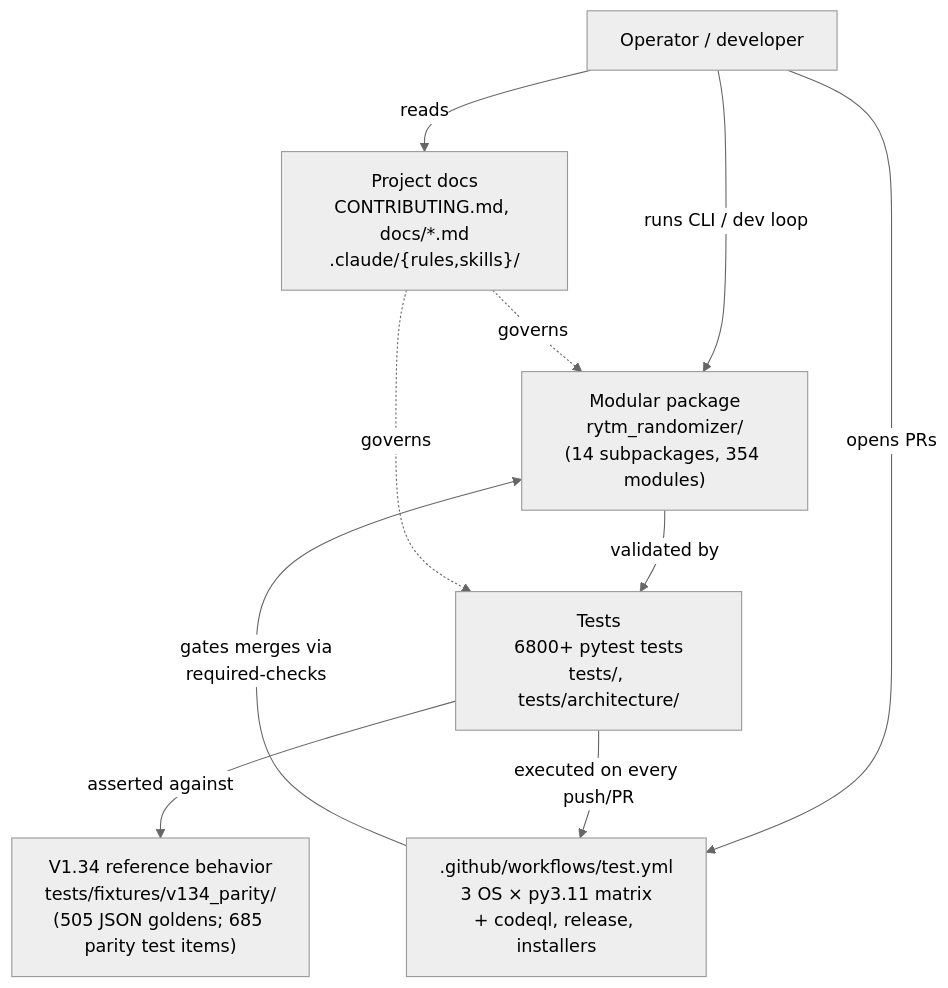
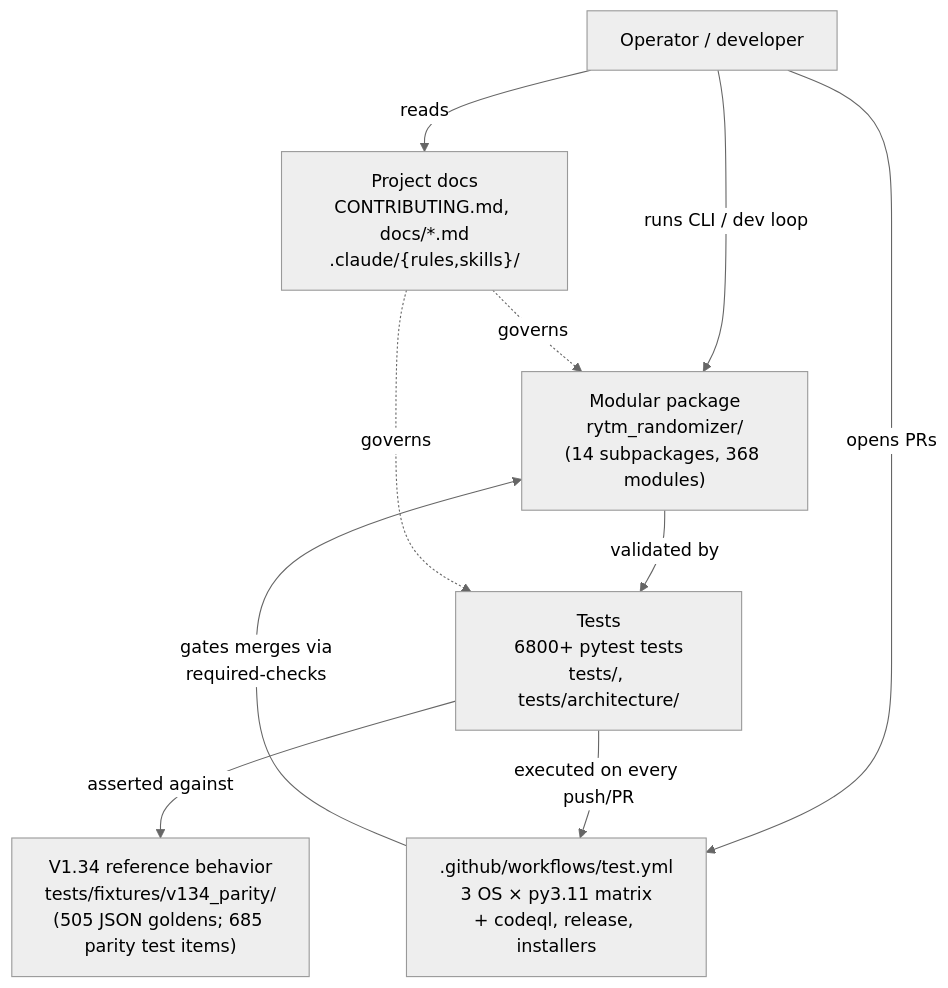
Before and after one commit to buzzijose-hub/RytmRandomizer: the first of 34 diagrams in docs/ARCHITECTURE_DIAGRAMS.md, drawn with Mermaid (neutral theme). The commit also changed other lines of this file and 23 other files, not shown here.

````diff
--- a/docs/ARCHITECTURE_DIAGRAMS.md
+++ b/docs/ARCHITECTURE_DIAGRAMS.md
@@ -52,22 +53,22 @@
 ```mermaid
 flowchart TB
     User["Operator / developer"]
     V134["V1.34 reference behavior<br/>tests/fixtures/v134_parity/<br/>(505 JSON goldens; 685 parity test items)"]
-    Package["Modular package<br/>rytm_randomizer/<br/>(14 subpackages, 354 modules)"]
+    Package["Modular package<br/>rytm_randomizer/<br/>(14 subpackages, 368 modules)"]
     Tests["Tests<br/>6800+ pytest tests<br/>tests/, tests/architecture/"]
     CI[".github/workflows/test.yml<br/>3 OS × py3.11 matrix<br/>+ codeql, release, installers"]
     Docs["Project docs<br/>CONTRIBUTING.md, docs/*.md<br/>.claude/{rules,skills}/"]
 
     User -->|"runs CLI / dev loop"| Package
     User -->|"opens PRs"| CI
     User -->|"reads"| Docs
 
     Package -->|"validated by"| Tests
     Tests -->|"asserted against"| V134
     Tests -->|"executed on every push/PR"| CI
 
     CI -->|"gates merges via<br/>required-checks"| Package
 
     Docs -.->|"governs"| Package
     Docs -.->|"governs"| Tests
 ```
````
